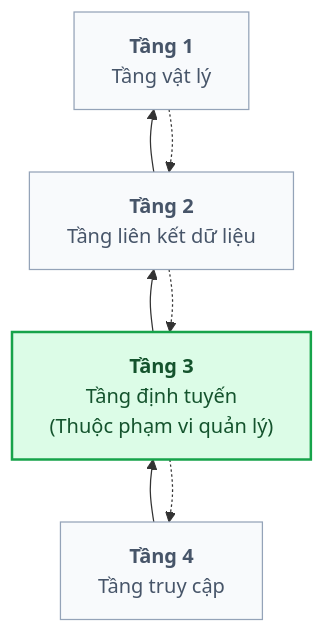
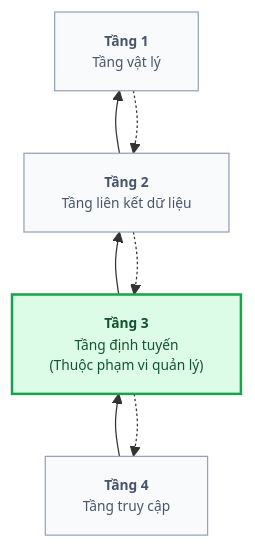
Before and after one commit to RainAllDay-vn/graduation-project: the fifth of 5 diagrams in docs/week03-problem-and-current-solutions/report.md, drawn with Mermaid. The commit also changed other lines of this file and 13 other files, not shown here.

````diff
--- a/docs/week03-problem-and-current-solutions/report.md
+++ b/docs/week03-problem-and-current-solutions/report.md
@@ -184,19 +184,21 @@
 ```mermaid
+%% export: png %%
+%%{init: {"themeVariables": {"fontSize": "11px"}}}%%
 flowchart BT
     A1["<b>Tầng 4</b><br/>Tầng truy cập"]
     A2["<b>Tầng 3</b><br/>Tầng định tuyến<br/>(Thuộc phạm vi quản lý)"]
     A3["<b>Tầng 2</b><br/>Tầng liên kết dữ liệu"]
     A4["<b>Tầng 1</b><br/>Tầng vật lý"]
 
     A1 --> A2
     A2 --> A3
     A3 --> A4
     A4 -.-> A3
     A3 -.-> A2
     A2 -.-> A1
 
     classDef scope fill:#DCFCE7,stroke:#16A34A,stroke-width:2px,color:#14532D;
     classDef outside fill:#F8FAFC,stroke:#94A3B8,color:#475569;
     class A2 scope;
     class A1,A3,A4 outside;
 ```
````
